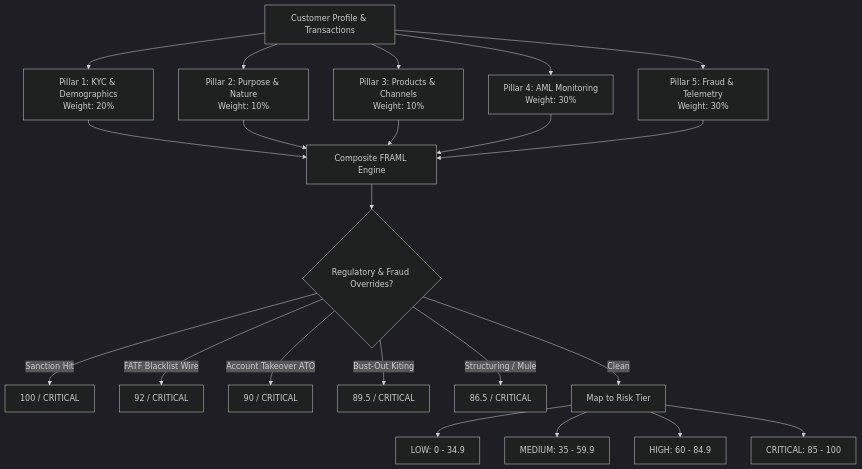
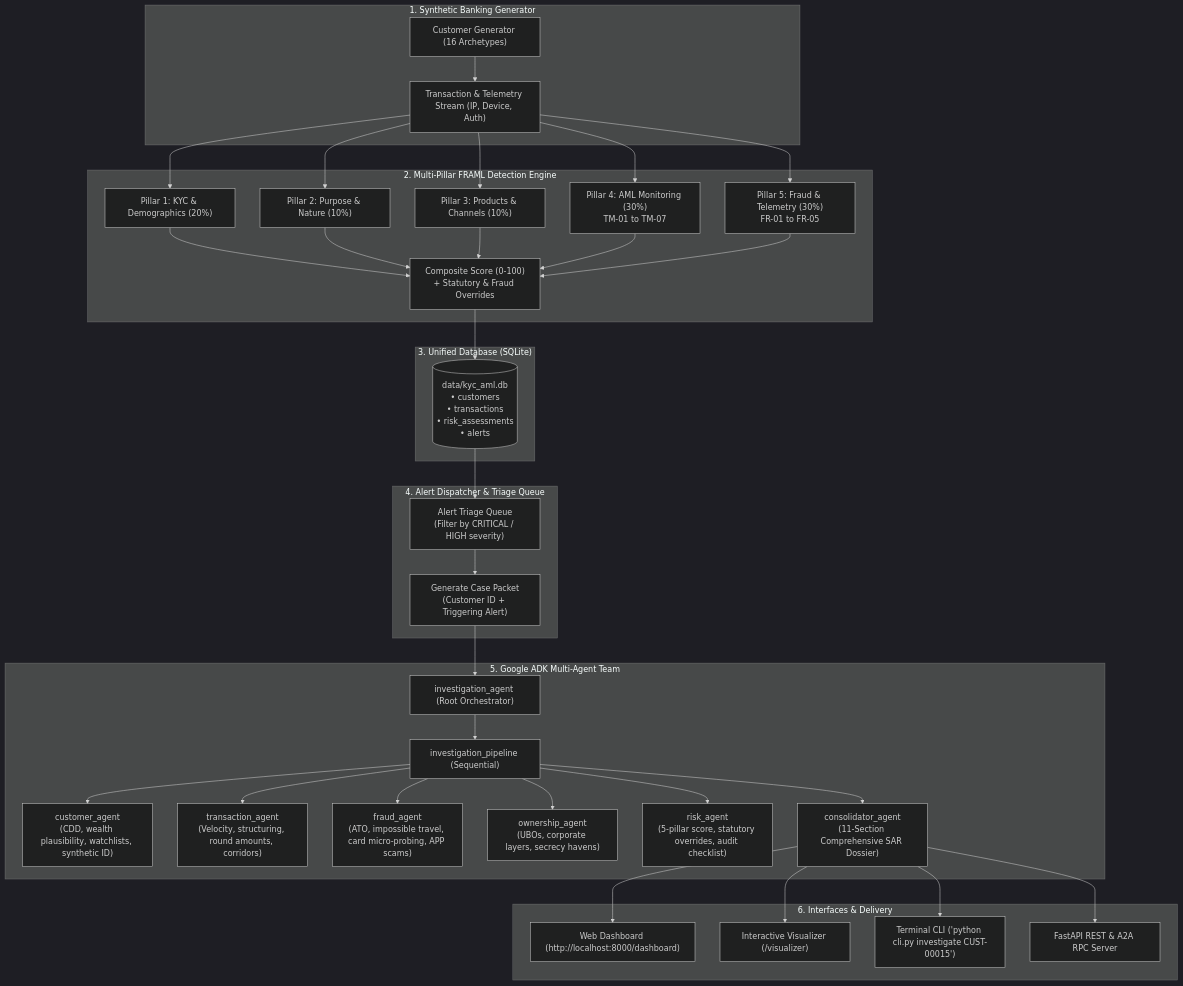
Before and after one commit to EncryptEx/agentic-ai-hackathon: the diagram in README.md, drawn with Mermaid (dark theme). The commit also changed other lines of this file and 43 other files, not shown here.

Commit message:
Add autonomous Google ADK multi-agent investigation suite and FRAML platform integration

````diff
--- a/README.md
+++ b/README.md
@@ -50,24 +13,46 @@
 ```mermaid
-graph TD
-    A[Customer Profile & Transactions] --> P1[Pillar 1: KYC & Demographics<br/>Weight: 20%]
-    A --> P2[Pillar 2: Purpose & Nature<br/>Weight: 10%]
-    A --> P3[Pillar 3: Products & Channels<br/>Weight: 10%]
-    A --> P4[Pillar 4: AML Monitoring<br/>Weight: 30%]
-    A --> P5[Pillar 5: Fraud & Telemetry<br/>Weight: 30%]
-    P1 --> C[Composite FRAML Engine]
-    P2 --> C
-    P3 --> C
-    P4 --> C
-    P5 --> C
-    C --> O{Regulatory & Fraud Overrides?}
-    O -- Sanction Hit --> R1[100 / CRITICAL]
-    O -- FATF Blacklist Wire --> R2[92 / CRITICAL]
-    O -- Account Takeover ATO --> R3[90 / CRITICAL]
-    O -- Bust-Out Kiting --> R4[89.5 / CRITICAL]
-    O -- Structuring / Mule --> R5[86.5 / CRITICAL]
-    O -- Clean --> T[Map to Risk Tier]
-    T --> T1[LOW: 0 - 34.9]
-    T --> T2[MEDIUM: 35 - 59.9]
-    T --> T3[HIGH: 60 - 84.9]
-    T --> T4[CRITICAL: 85 - 100]
+flowchart TD
+    subgraph DataGen ["1. Synthetic Banking Generator"]
+        CGen["Customer Generator (16 Archetypes)"]
+        TGen["Transaction & Telemetry Stream (IP, Device, Auth)"]
+        CGen --> TGen
+    end
+
+    subgraph FRAMLEngine ["2. Multi-Pillar FRAML Detection Engine"]
+        TGen --> P1["Pillar 1: KYC & Demographics (20%)"]
+        TGen --> P2["Pillar 2: Purpose & Nature (10%)"]
+        TGen --> P3["Pillar 3: Products & Channels (10%)"]
+        TGen --> P4["Pillar 4: AML Monitoring (30%)<br/>TM-01 to TM-07"]
+        TGen --> P5["Pillar 5: Fraud & Telemetry (30%)<br/>FR-01 to FR-05"]
+        P1 & P2 & P3 & P4 & P5 --> CompositeScore["Composite Score (0-100)<br/>+ Statutory & Fraud Overrides"]
+    end
+
+    subgraph Storage ["3. Unified Database (SQLite)"]
+        CompositeScore --> DB[("data/kyc_aml.db<br/>• customers<br/>• transactions<br/>• risk_assessments<br/>• alerts")]
+    end
+
+    subgraph Triage ["4. Alert Dispatcher & Triage Queue"]
+        DB --> AlertQueue["Alert Triage Queue<br/>(Filter by CRITICAL / HIGH severity)"]
+        AlertQueue --> CasePacket["Generate Case Packet<br/>(Customer ID + Triggering Alert)"]
+    end
+
+    subgraph ADKAgents ["5. Google ADK Multi-Agent Team"]
+        CasePacket --> RootAgent["investigation_agent (Root Orchestrator)"]
+        RootAgent --> Pipeline["investigation_pipeline (Sequential)"]
+        
+        Pipeline --> AgCust["customer_agent<br/>(CDD, wealth plausibility, watchlists, synthetic ID)"]
+        Pipeline --> AgTxn["transaction_agent<br/>(Velocity, structuring, round amounts, corridors)"]
+        Pipeline --> AgFraud["fraud_agent<br/>(ATO, impossible travel, card micro-probing, APP scams)"]
+        Pipeline --> AgOwn["ownership_agent<br/>(UBOs, corporate layers, secrecy havens)"]
+        Pipeline --> AgRisk["risk_agent<br/>(5-pillar score, statutory overrides, audit checklist)"]
+
+        Pipeline --> AgConsol["consolidator_agent<br/>(11-Section Comprehensive SAR Dossier)"]
+    end
+
+    subgraph Delivery ["6. Interfaces & Delivery"]
+        AgConsol --> Dashboard["Web Dashboard (http://localhost:8000/dashboard)"]
+        AgConsol --> Visualizer["Interactive Visualizer (/visualizer)"]
+        AgConsol --> CLI["Terminal CLI ('python cli.py investigate CUST-00015')"]
+        AgConsol --> API["FastAPI REST & A2A RPC Server"]
+    end
 ```
````
